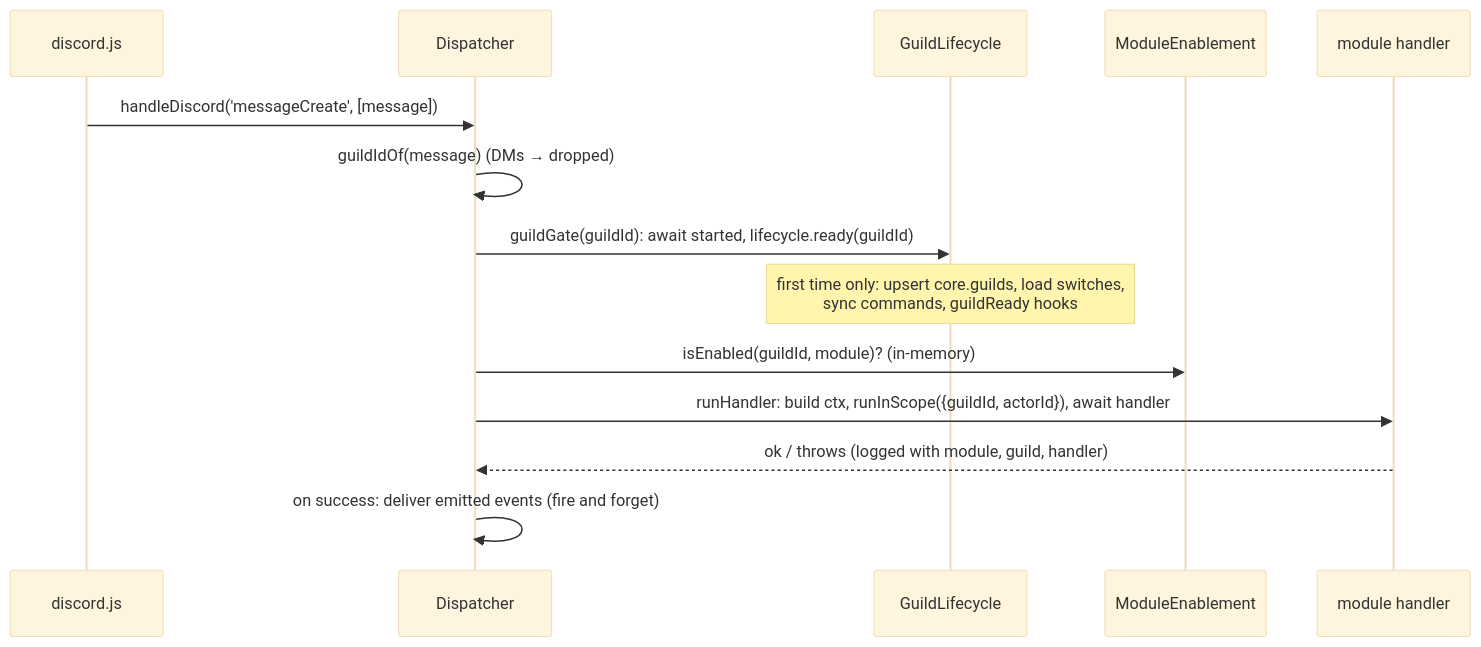
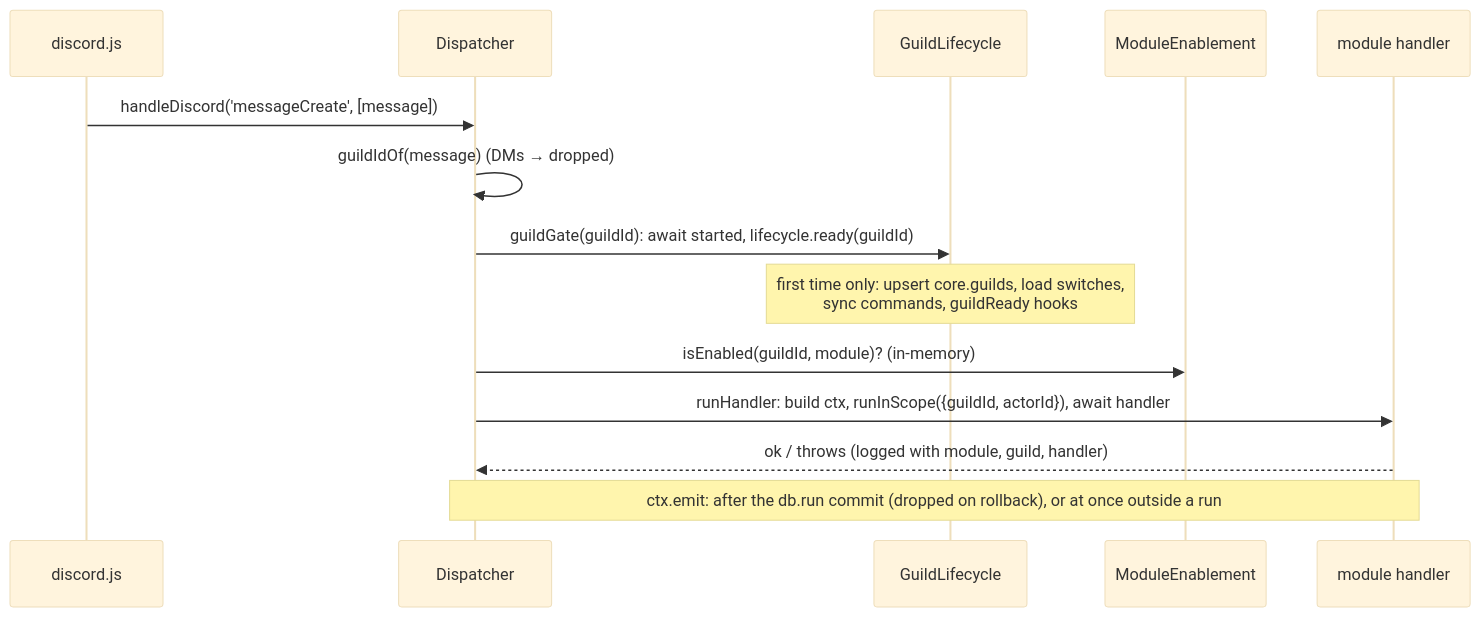
Before and after one commit to DD-Discord/bronto: the third of 4 diagrams in docs/developer-guide.md, drawn with Mermaid (base theme). The commit also changed other lines of this file and 7 other files, not shown here.

First line of the commit message:
Deliver events when their transaction commits

````diff
--- a/docs/developer-guide.md
+++ b/docs/developer-guide.md
@@ -952,16 +954,16 @@
 ```mermaid
 sequenceDiagram
     participant DJS as discord.js
     participant D as Dispatcher
     participant L as GuildLifecycle
     participant E as ModuleEnablement
     participant H as module handler
     DJS->>D: handleDiscord('messageCreate', [message])
     D->>D: guildIdOf(message) (DMs → dropped)
     D->>L: guildGate(guildId): await started, lifecycle.ready(guildId)
     Note over L: first time only: upsert core.guilds, load switches,<br/>sync commands, guildReady hooks
     D->>E: isEnabled(guildId, module)? (in-memory)
     D->>H: runHandler: build ctx, runInScope({guildId, actorId}), await handler
     H-->>D: ok / throws (logged with module, guild, handler)
-    D->>D: on success: deliver emitted events (fire and forget)
+    Note over H,D: ctx.emit: after the db.run commit (dropped on rollback), or at once outside a run
 ```
````
